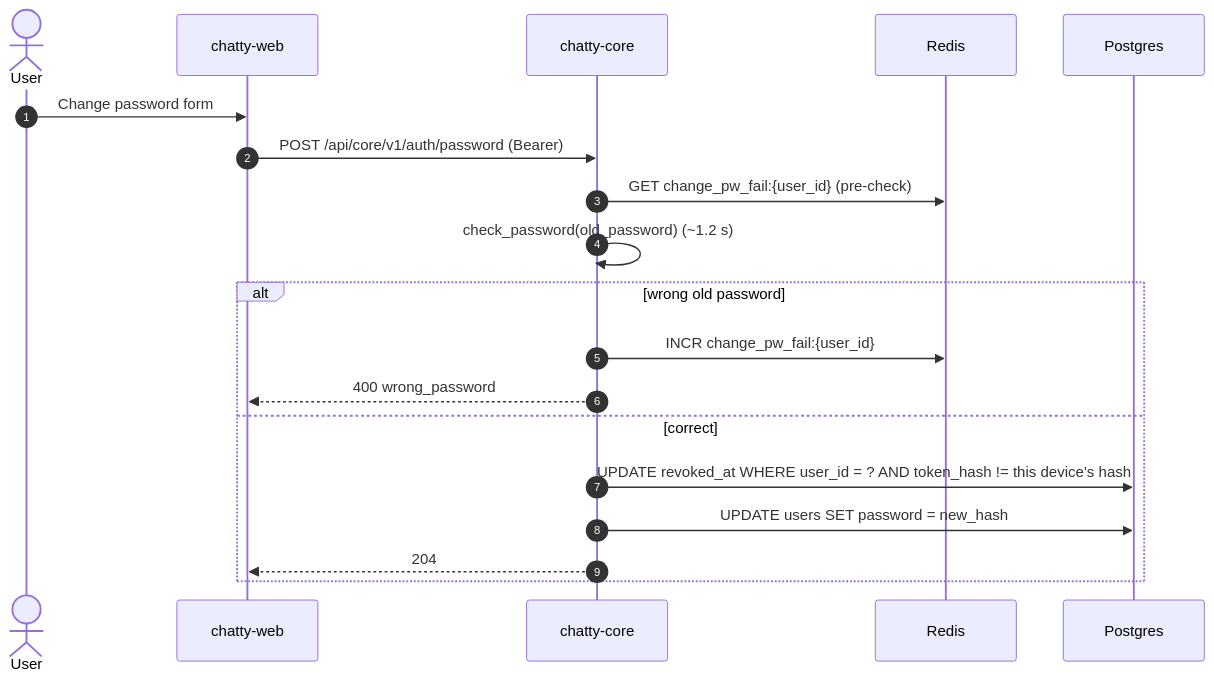
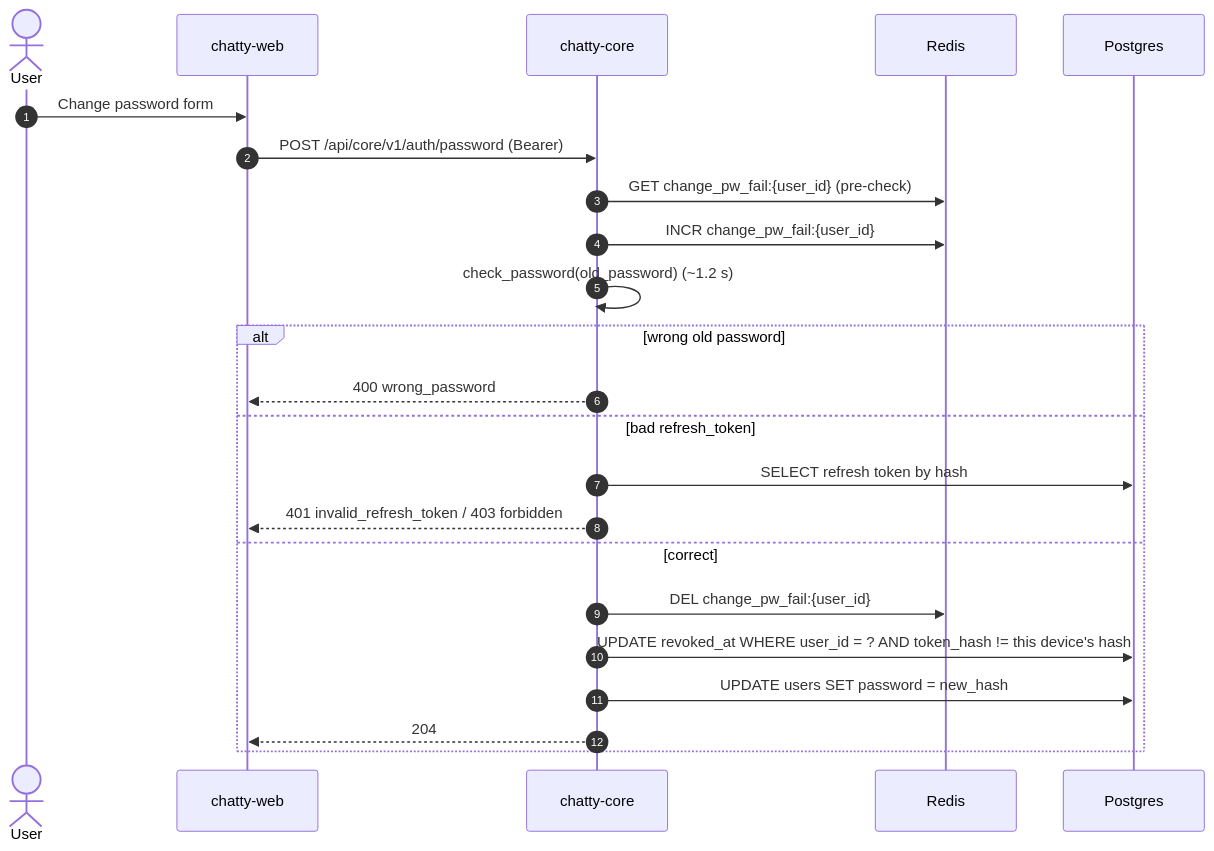
Before and after one commit to Chatty4/chatty-docs: the diagram in architecture/flows/change-password.md, drawn with Mermaid. The commit also changed other lines of this file and 2 other files, not shown here.

Commit message:
CHAT-248: update login, refresh and change-password flows after auth fixes

````diff
--- a/architecture/flows/change-password.md
+++ b/architecture/flows/change-password.md
@@ -9,22 +9,26 @@
 ```mermaid
 sequenceDiagram
     autonumber
     actor U as User
     participant W as chatty-web
     participant C as chatty-core
     participant R as Redis
     participant DB as Postgres
 
     U->>W: Change password form
     W->>C: POST /api/core/v1/auth/password (Bearer)
     C->>R: GET change_pw_fail:{user_id} (pre-check)
+    C->>R: INCR change_pw_fail:{user_id}
     C->>C: check_password(old_password) (~1.2 s)
     alt wrong old password
-        C->>R: INCR change_pw_fail:{user_id}
         C-->>W: 400 wrong_password
+    else bad refresh_token
+        C->>DB: SELECT refresh token by hash
+        C-->>W: 401 invalid_refresh_token / 403 forbidden
     else correct
+        C->>R: DEL change_pw_fail:{user_id}
         C->>DB: UPDATE revoked_at WHERE user_id = ? AND token_hash != this device's hash
         C->>DB: UPDATE users SET password = new_hash
         C-->>W: 204
     end
 ```
````
